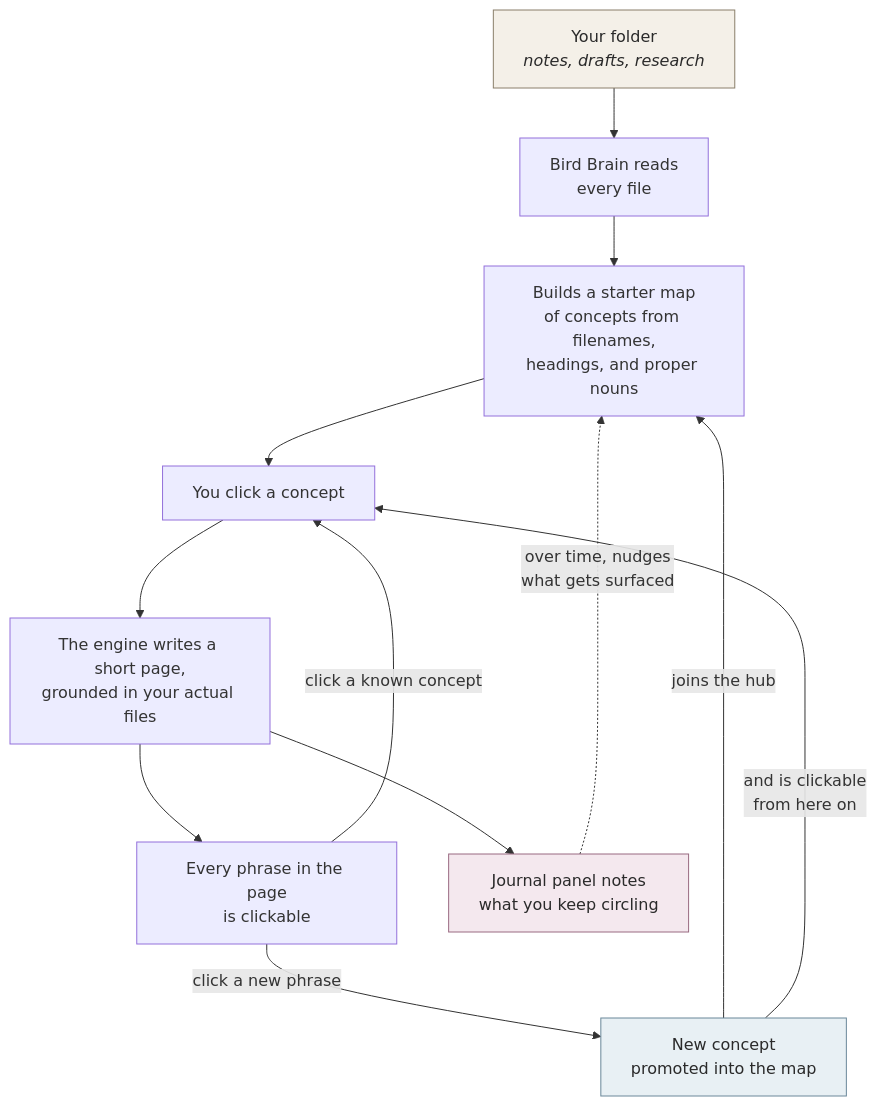
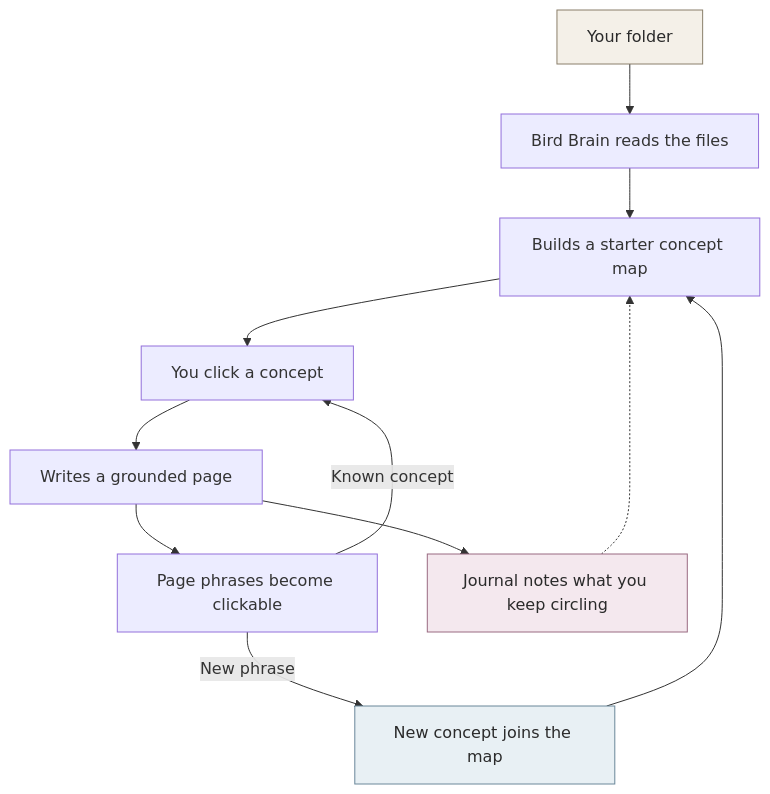
The first of 2 diagrams in README.md (cocoon360/Birdbrain), drawn with Mermaid before and after one commit. The commit also changed other lines of this file and 1 other file, not shown here.

First line of the commit message:
docs: simplify README diagrams

````diff
--- a/README.md
+++ b/README.md
@@ -144,18 +144,17 @@
 ```mermaid
 flowchart TD
-    A["Your folder<br/><i>notes, drafts, research</i>"] --> B["Bird Brain reads<br/>every file"]
-    B --> C["Builds a starter map<br/>of concepts from filenames,<br/>headings, and proper nouns"]
-    C --> D["You click a concept"]
-    D --> E["The engine writes a short page,<br/>grounded in your actual files"]
-    E --> F["Every phrase in the page<br/>is clickable"]
-    F -->|click a known concept| D
-    F -->|click a new phrase| G["New concept<br/>promoted into the map"]
-    G -->|joins the hub| C
-    G -->|and is clickable<br/>from here on| D
-    E --> H["Journal panel notes<br/>what you keep circling"]
-    H -.->|over time, nudges<br/>what gets surfaced| C
+    A[Your folder] --> B[Bird Brain reads the files]
+    B --> C[Builds a starter concept map]
+    C --> D[You click a concept]
+    D --> E[Writes a grounded page]
+    E --> F[Page phrases become clickable]
+    F -->|Known concept| D
+    F -->|New phrase| G[New concept joins the map]
+    G --> C
+    E --> H[Journal notes what you keep circling]
+    H -.-> C
 
     style A fill:#f4f0e8,stroke:#8a7f6a,color:#2a2a2a
     style G fill:#e8f0f4,stroke:#6a8799,color:#2a2a2a
     style H fill:#f4e8ee,stroke:#996a81,color:#2a2a2a
 ```
````
